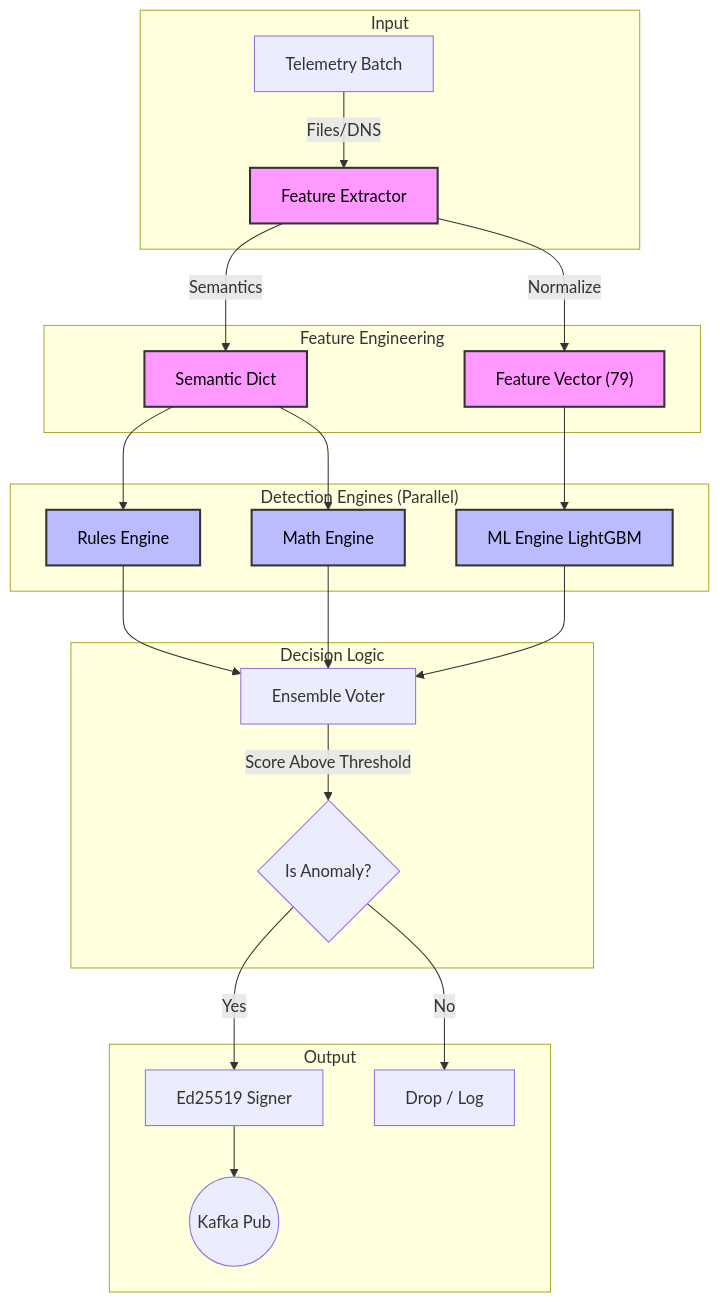
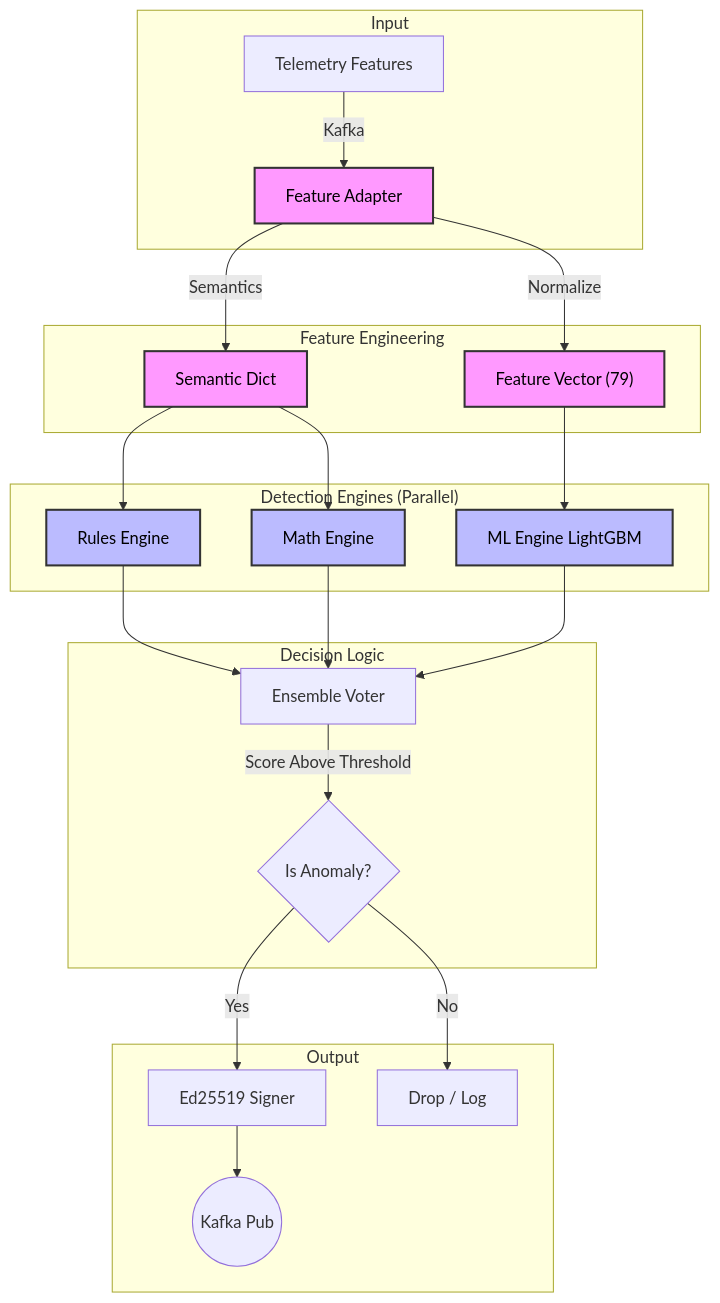
The first of 2 diagrams in docs/architecture/02_ai_detection_pipeline.md (EveShark/CyberMesh), drawn with Mermaid before and after one commit. The commit also changed other lines of this file and 49 other files, not shown here.

````diff
--- a/docs/architecture/02_ai_detection_pipeline.md
+++ b/docs/architecture/02_ai_detection_pipeline.md
@@ -48,33 +51,33 @@
 ```mermaid
 graph TD
     subgraph Input
-        T[Telemetry Batch] -->|Files/DNS| FE[Feature Extractor]
+        T[Telemetry Features] -->|Kafka| FE[Feature Adapter]
     end
 
     subgraph Engineering["Feature Engineering"]
         FE -->|Normalize| V["Feature Vector (79)"]
         FE -->|Semantics| S[Semantic Dict]
     end
 
     subgraph Engines["Detection Engines (Parallel)"]
         S --> E1[Rules Engine]
         S --> E2[Math Engine]
         V --> E3[ML Engine LightGBM]
     end
 
     subgraph Decision["Decision Logic"]
         E1 & E2 & E3 --> Voter[Ensemble Voter]
         Voter -->|Score Above Threshold| Alert{Is Anomaly?}
     end
 
     subgraph Output
         Alert -- Yes --> Sign[Ed25519 Signer]
         Sign --> Kafka((Kafka Pub))
         Alert -- No --> Drop[Drop / Log]
     end
 
     classDef stage fill:#f9f,stroke:#333,stroke-width:2px,color:#000;
     classDef engine fill:#bbf,stroke:#333,stroke-width:2px,color:#000;
     class FE,V,S stage;
     class E1,E2,E3 engine;
 ```
````
